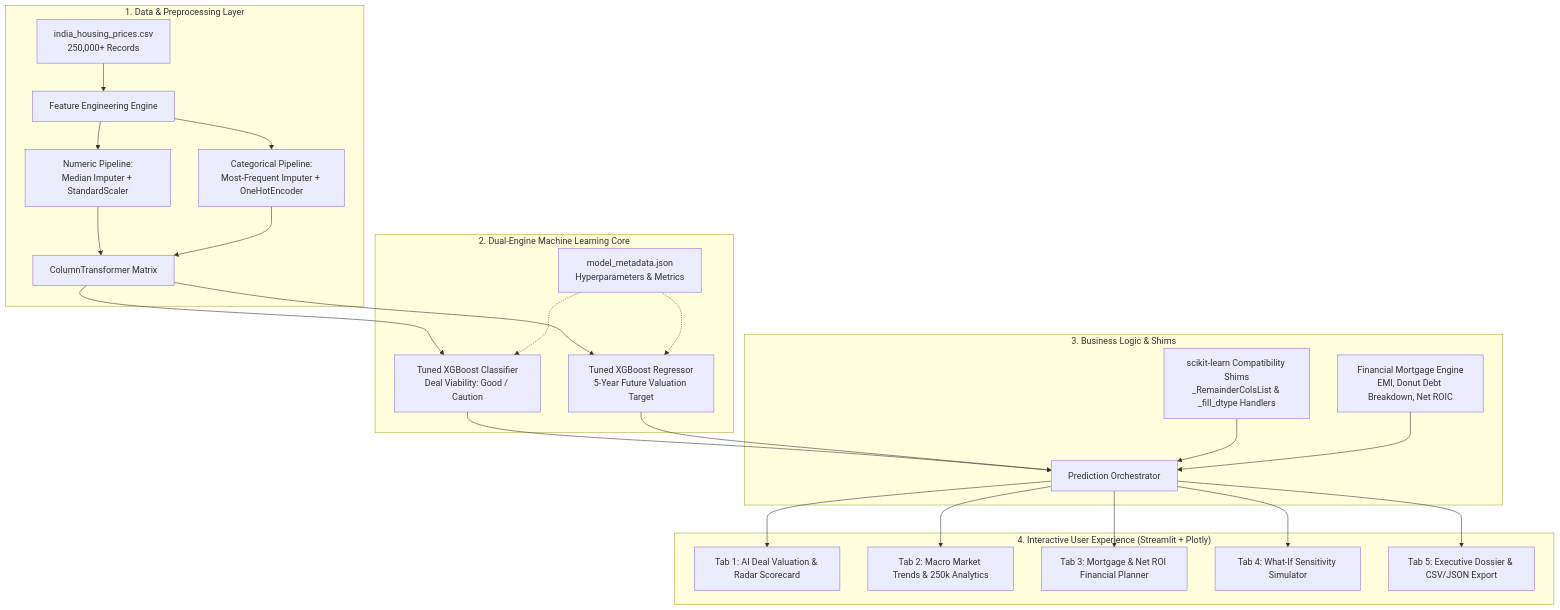
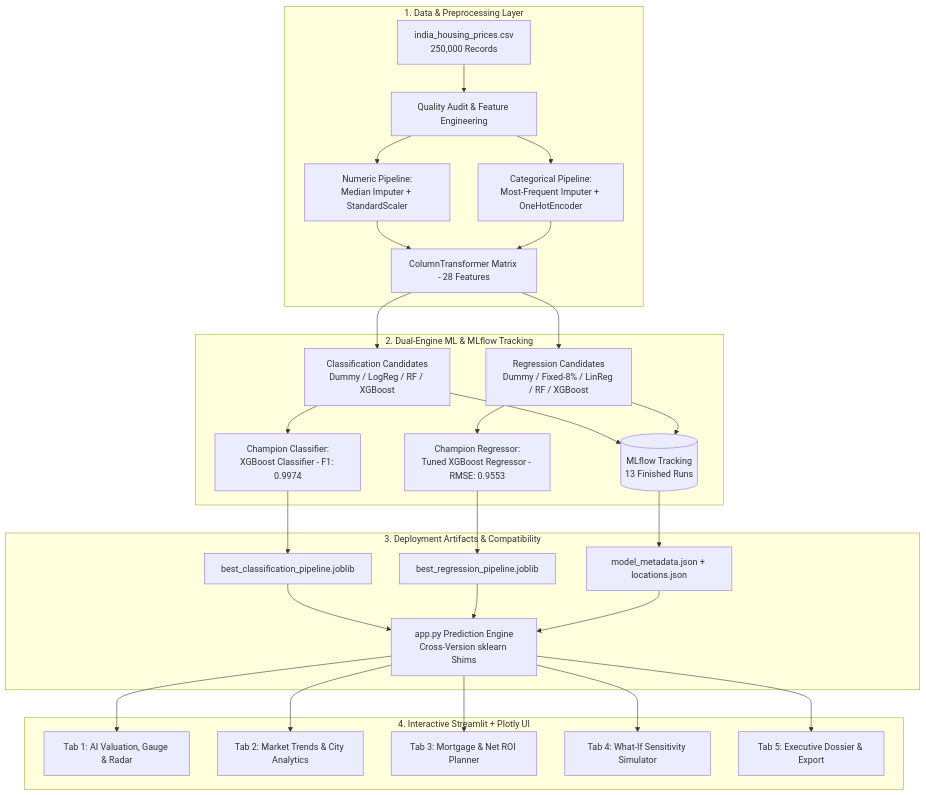
One commit to pvsairavish/Real-Estate-Investment-Advisor-Predicting-Property-Profitability-Future-Value changed the first of 2 diagrams in README.md. Above: the diagram before and after it, drawn with Mermaid. The commit also changed other lines of this file and 4 other files, not shown here.

Commit message:
Sync champion models, executed notebook (20 EDA, baselines, MLflow), and updated README

````diff
--- a/README.md
+++ b/README.md
@@ -63,32 +64,36 @@
 ```mermaid
 flowchart TD
     subgraph Data_Layer ["1. Data & Preprocessing Layer"]
-        A[india_housing_prices.csv<br/>250,000+ Records] --> B[Feature Engineering Engine]
+        A[india_housing_prices.csv<br/>250,000 Records] --> B[Quality Audit & Feature Engineering]
         B --> C[Numeric Pipeline:<br/>Median Imputer + StandardScaler]
         B --> D[Categorical Pipeline:<br/>Most-Frequent Imputer + OneHotEncoder]
-        C --> E[ColumnTransformer Matrix]
+        C --> E[ColumnTransformer Matrix - 28 Features]
         D --> E
     end
 
-    subgraph Model_Layer ["2. Dual-Engine Machine Learning Core"]
-        E --> F[Tuned XGBoost Classifier<br/>Deal Viability: Good / Caution]
-        E --> G[Tuned XGBoost Regressor<br/>5-Year Future Valuation Target]
-        H[model_metadata.json<br/>Hyperparameters & Metrics] -.-> F
-        H -.-> G
+    subgraph Model_Layer ["2. Dual-Engine ML & MLflow Tracking"]
+        E --> F[Classification Candidates<br/>Dummy / LogReg / RF / XGBoost]
+        E --> G[Regression Candidates<br/>Dummy / Fixed-8% / LinReg / RF / XGBoost]
+        F --> H[(MLflow Tracking<br/>13 Finished Runs)]
+        G --> H
+        F --> I[Champion Classifier:<br/>XGBoost Classifier - F1: 0.9974]
+        G --> J[Champion Regressor:<br/>Tuned XGBoost Regressor - RMSE: 0.9553]
     end
 
-    subgraph Service_Layer ["3. Business Logic & Shims"]
-        F --> I[Prediction Orchestrator]
-        G --> I
-        J[scikit-learn Compatibility Shims<br/>_RemainderColsList & _fill_dtype Handlers] --> I
-        K[Financial Mortgage Engine<br/>EMI, Donut Debt Breakdown, Net ROIC] --> I
+    subgraph Service_Layer ["3. Deployment Artifacts & Compatibility"]
+        I --> K[best_classification_pipeline.joblib]
+        J --> L[best_regression_pipeline.joblib]
+        H --> M[model_metadata.json + locations.json]
+        K --> N[app.py Prediction Engine<br/>Cross-Version sklearn Shims]
+        L --> N
+        M --> N
     end
 
-    subgraph UI_Layer ["4. Interactive User Experience (Streamlit + Plotly)"]
-        I --> L1[Tab 1: AI Deal Valuation & Radar Scorecard]
-        I --> L2[Tab 2: Macro Market Trends & 250k Analytics]
-        I --> L3[Tab 3: Mortgage & Net ROI Financial Planner]
-        I --> L4[Tab 4: What-If Sensitivity Simulator]
-        I --> L5[Tab 5: Executive Dossier & CSV/JSON Export]
+    subgraph UI_Layer ["4. Interactive Streamlit + Plotly UI"]
+        N --> O1[Tab 1: AI Valuation, Gauge & Radar]
+        N --> O2[Tab 2: Market Trends & City Analytics]
+        N --> O3[Tab 3: Mortgage & Net ROI Planner]
+        N --> O4[Tab 4: What-If Sensitivity Simulator]
+        N --> O5[Tab 5: Executive Dossier & Export]
     end
 ```
````
